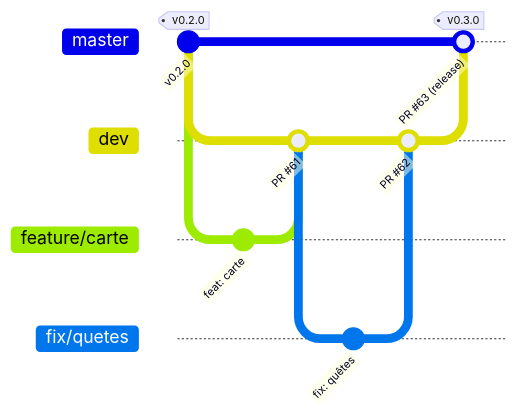
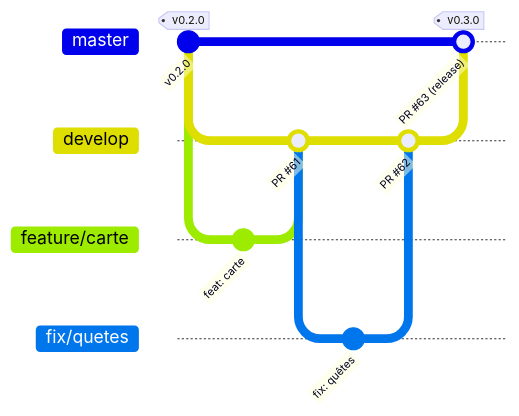
One commit to Scubatana/scubanion changed the diagram in CONTRIBUTING.md. Above: the diagram before and after it, drawn with Mermaid. The commit also changed other lines of this file and 12 other files, not shown here.

Commit message:
ci: renommer la branche d'intégration dev en develop

````diff
--- a/CONTRIBUTING.md
+++ b/CONTRIBUTING.md
@@ -7,17 +7,17 @@
 ```mermaid
 %%{init: { 'gitGraph': { 'mainBranchName': 'master' } } }%%
 gitGraph
   commit id: "v0.2.0" tag: "v0.2.0"
-  branch dev
-  checkout dev
+  branch develop
+  checkout develop
   branch feature/carte
   commit id: "feat: carte"
-  checkout dev
+  checkout develop
   merge feature/carte id: "PR #61"
   branch fix/quetes
   commit id: "fix: quêtes"
-  checkout dev
+  checkout develop
   merge fix/quetes id: "PR #62"
   checkout master
-  merge dev id: "PR #63 (release)" tag: "v0.3.0"
+  merge develop id: "PR #63 (release)" tag: "v0.3.0"
 ```
````
